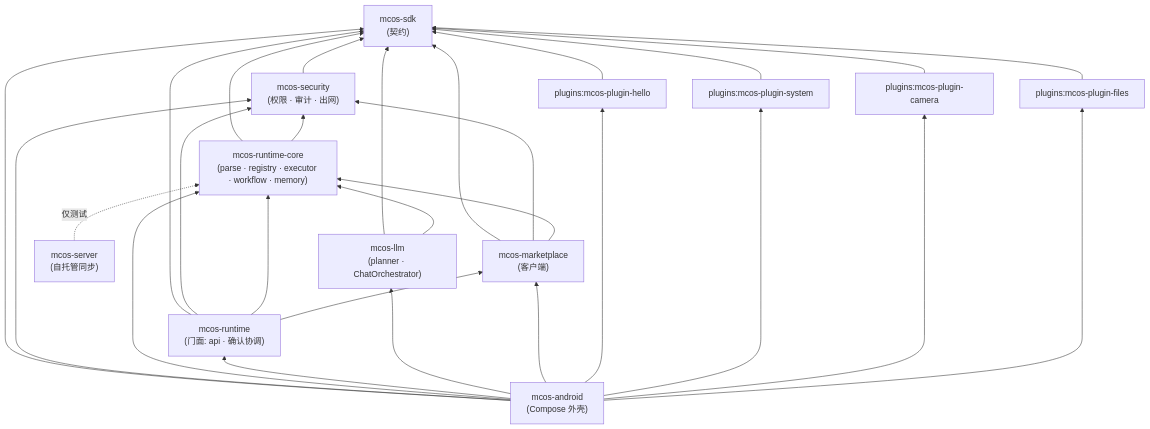
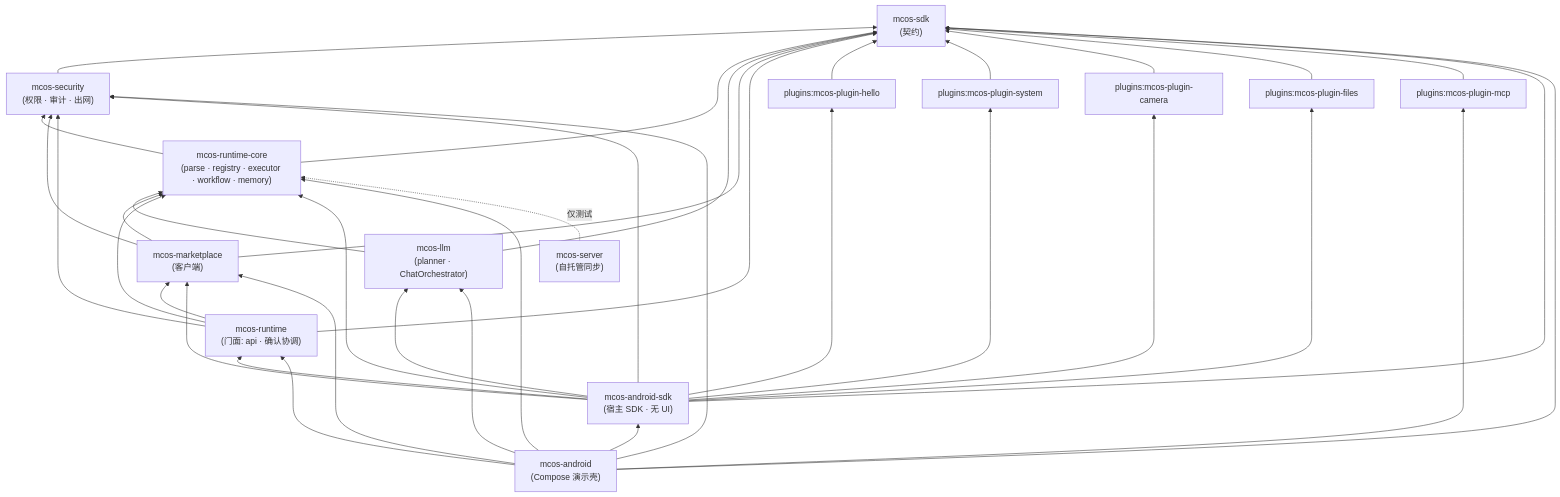
One commit to Morainet/mcos changed the diagram in docs/zh/REPOSITORIES.md. Above: the diagram before and after it, drawn with Mermaid. The commit also changed other lines of this file and 53 other files, not shown here.

First line of the commit message:
refactor(android): split mcos-android into mcos-android-sdk library + demo shell (item 39)

````diff
--- a/docs/zh/REPOSITORIES.md
+++ b/docs/zh/REPOSITORIES.md
@@ -15,43 +15,54 @@
 ```mermaid
 flowchart BT
     sdk["mcos-sdk<br/>(契约)"]
     sec["mcos-security<br/>(权限 · 审计 · 出网)"]
     core["mcos-runtime-core<br/>(parse · registry · executor · workflow · memory)"]
     llm["mcos-llm<br/>(planner · ChatOrchestrator)"]
     mkt["mcos-marketplace<br/>(客户端)"]
     rt["mcos-runtime<br/>(门面: api · 确认协调)"]
     hello["plugins:mcos-plugin-hello"]
     sys["plugins:mcos-plugin-system"]
     cam["plugins:mcos-plugin-camera"]
     files["plugins:mcos-plugin-files"]
-    app["mcos-android<br/>(Compose 外壳)"]
+    mcp["plugins:mcos-plugin-mcp"]
+    asdk["mcos-android-sdk<br/>(宿主 SDK · 无 UI)"]
+    app["mcos-android<br/>(Compose 演示壳)"]
     srv["mcos-server<br/>(自托管同步)"]
 
     sec --> sdk
     core --> sdk
     core --> sec
     llm --> sdk
     llm --> core
     mkt --> sdk
     mkt --> sec
     mkt --> core
     rt --> sdk
     rt --> sec
     rt --> core
     rt --> mkt
     hello --> sdk
     sys --> sdk
     cam --> sdk
     files --> sdk
+    mcp --> sdk
+    asdk --> sdk
+    asdk --> sec
+    asdk --> core
+    asdk --> rt
+    asdk --> llm
+    asdk --> mkt
+    asdk --> hello
+    asdk --> sys
+    asdk --> cam
+    asdk --> files
+    app --> asdk
     app --> sdk
     app --> sec
     app --> core
     app --> rt
     app --> llm
     app --> mkt
-    app --> hello
-    app --> sys
-    app --> cam
-    app --> files
+    app --> mcp
     srv -.->|"仅测试"| core
 ```
````
